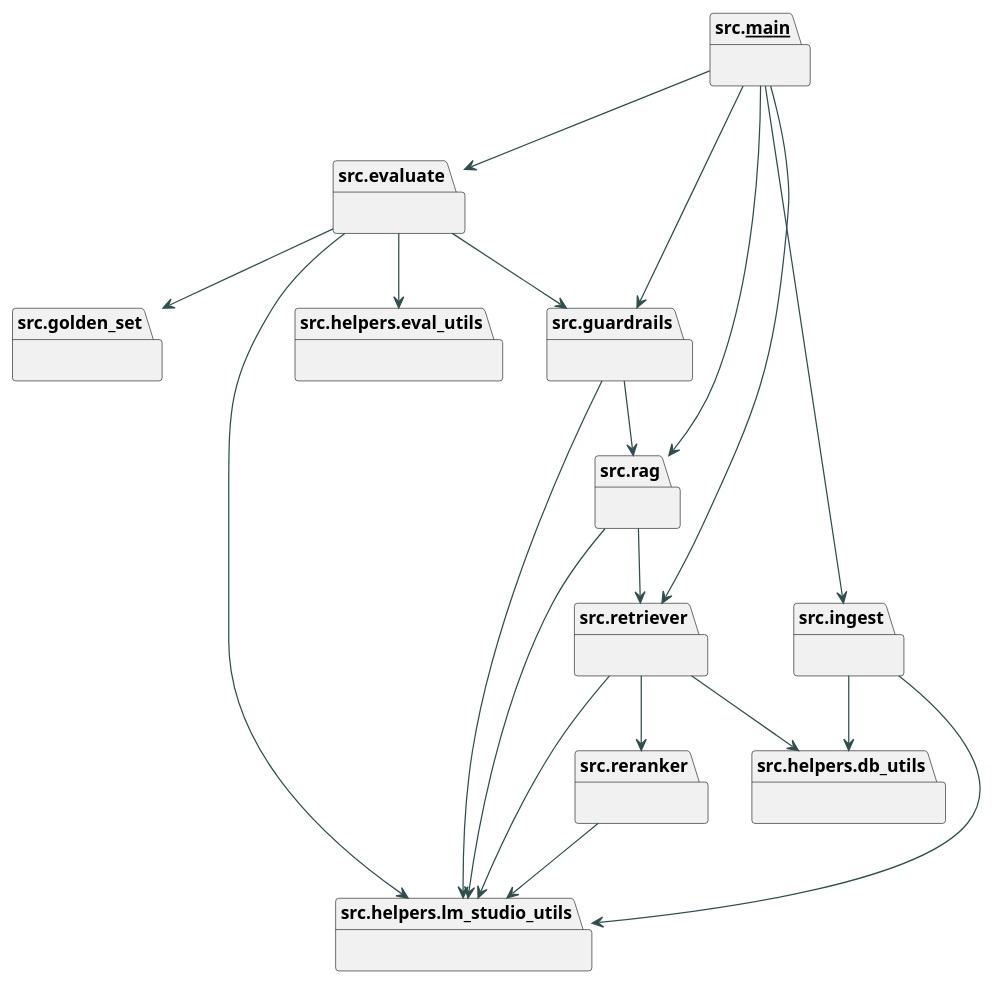
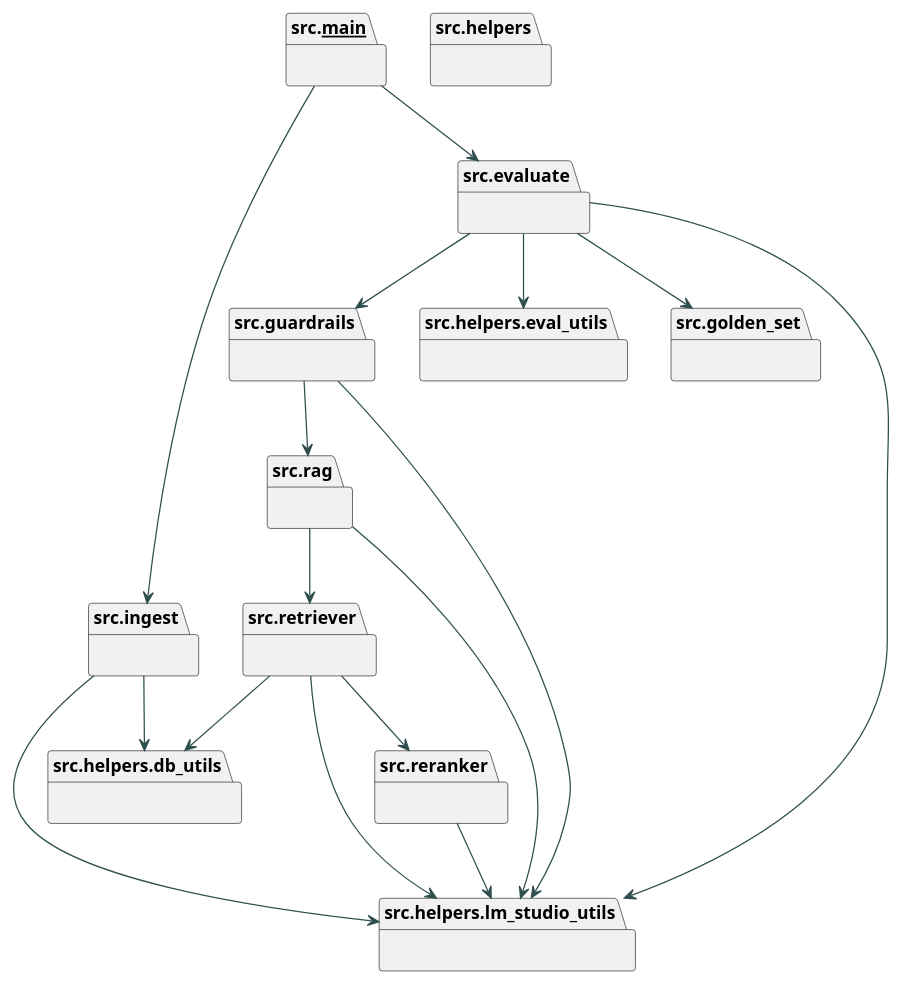
Before and after one commit to iseg-pg-ai/nlpg-6ed-group-4: the diagram in documentation/C4/packages_c4_level4.puml, drawn with PlantUML. The commit also changed 1 other file, not shown here.

```diff
--- a/documentation/C4/packages_c4_level4.puml
+++ b/documentation/C4/packages_c4_level4.puml
@@ -1,49 +1,49 @@
 @startuml packages_c4_level4
 set namespaceSeparator none
 skinparam class {
     BackgroundColor LightBlue
     ArrowColor DarkSlateGray
     BorderColor DarkBlue
 }
+
 package "src.__main__" as src.__main__ {
 }
 package "src.evaluate" as src.evaluate {
 }
 package "src.golden_set" as src.golden_set {
 }
 package "src.guardrails" as src.guardrails {
+}
+package "src.helpers" as src.helpers {
 }
 package "src.helpers.db_utils" as src.helpers.db_utils {
 }
 package "src.helpers.eval_utils" as src.helpers.eval_utils {
 }
 package "src.helpers.lm_studio_utils" as src.helpers.lm_studio_utils {
 }
 package "src.ingest" as src.ingest {
 }
 package "src.rag" as src.rag {
 }
 package "src.reranker" as src.reranker {
 }
 package "src.retriever" as src.retriever {
 }
 src.__main__ --> src.evaluate
-src.__main__ --> src.guardrails
 src.__main__ --> src.ingest
-src.__main__ --> src.rag
-src.__main__ --> src.retriever
 src.evaluate --> src.golden_set
 src.evaluate --> src.guardrails
 src.evaluate --> src.helpers.eval_utils
 src.evaluate --> src.helpers.lm_studio_utils
 src.guardrails --> src.helpers.lm_studio_utils
 src.guardrails --> src.rag
 src.ingest --> src.helpers.db_utils
 src.ingest --> src.helpers.lm_studio_utils
 src.rag --> src.helpers.lm_studio_utils
 src.rag --> src.retriever
 src.reranker --> src.helpers.lm_studio_utils
 src.retriever --> src.helpers.db_utils
 src.retriever --> src.helpers.lm_studio_utils
 src.retriever --> src.reranker
 @enduml
```
